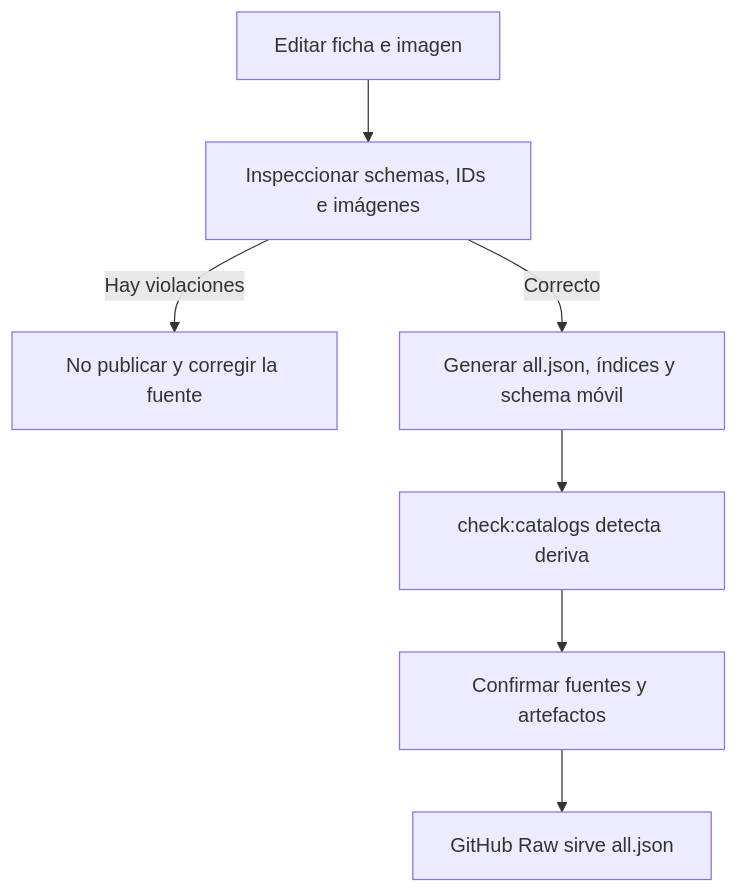
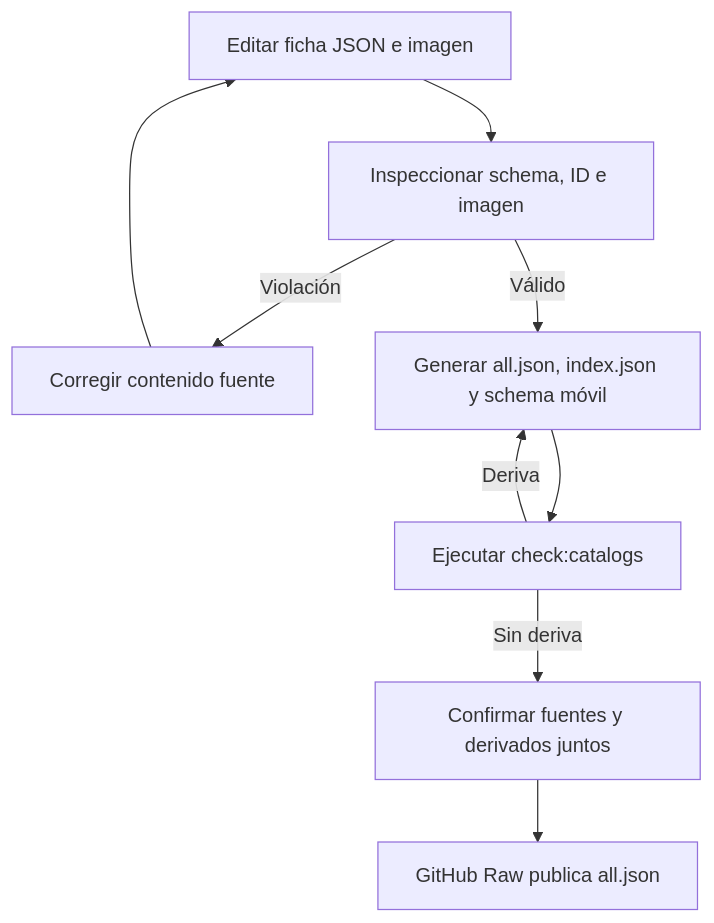
The first of 2 diagrams in openwiki/content/repositories.md (maximofn/gymnasia), drawn with Mermaid before and after one commit. The commit also changed other lines of this file and 49 other files, not shown here.

````diff
--- a/openwiki/content/repositories.md
+++ b/openwiki/content/repositories.md
@@ -116,9 +100,11 @@
 ```mermaid
 flowchart TD
-    A["Editar ficha e imagen"] --> V["Inspeccionar schemas, IDs e imágenes"]
-    V -->|"Hay violaciones"| X["No publicar y corregir la fuente"]
-    V -->|"Correcto"| G["Generar all.json, índices y schema móvil"]
-    G --> C["check:catalogs detecta deriva"]
-    C --> P["Confirmar fuentes y artefactos"]
-    P --> R["GitHub Raw sirve all.json"]
+    Edit["Editar ficha JSON e imagen"] --> Inspect["Inspeccionar schema, ID e imagen"]
+    Inspect -->|"Violación"| Fix["Corregir contenido fuente"]
+    Fix --> Edit
+    Inspect -->|"Válido"| Generate["Generar all.json, index.json y schema móvil"]
+    Generate --> Check["Ejecutar check:catalogs"]
+    Check -->|"Deriva"| Generate
+    Check -->|"Sin deriva"| Commit["Confirmar fuentes y derivados juntos"]
+    Commit --> Raw["GitHub Raw publica all.json"]
 ```
````
